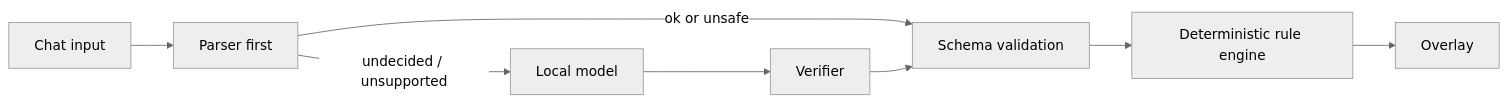
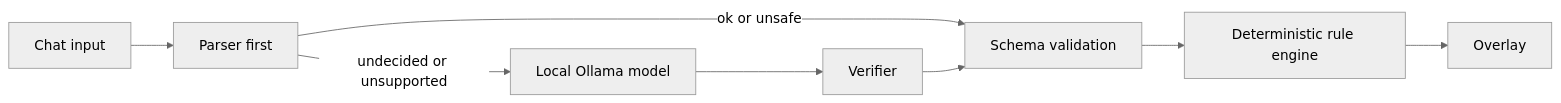
One commit to Siddhartha20242/beast-rules changed the diagram in README.md. Above: the diagram before and after it, drawn with Mermaid (neutral theme). The commit also changed other lines of this file and 26 other files, not shown here.

````diff
--- a/README.md
+++ b/README.md
@@ -15,10 +22,10 @@
 ```mermaid
 flowchart LR
   A[Chat input] --> B[Parser first]
-  B -->|ok or unsafe| G[Schema validation]
-  B -->|undecided / unsupported| C[Local model]
+  B -->|ok or unsafe| F[Schema validation]
+  B -->|undecided or unsupported| C[Local Ollama model]
   C --> D[Verifier]
-  D --> G
-  G --> E[Deterministic rule engine]
-  E --> F[Overlay]
+  D --> F
+  F --> E[Deterministic rule engine]
+  E --> G[Overlay]
 ```
````
